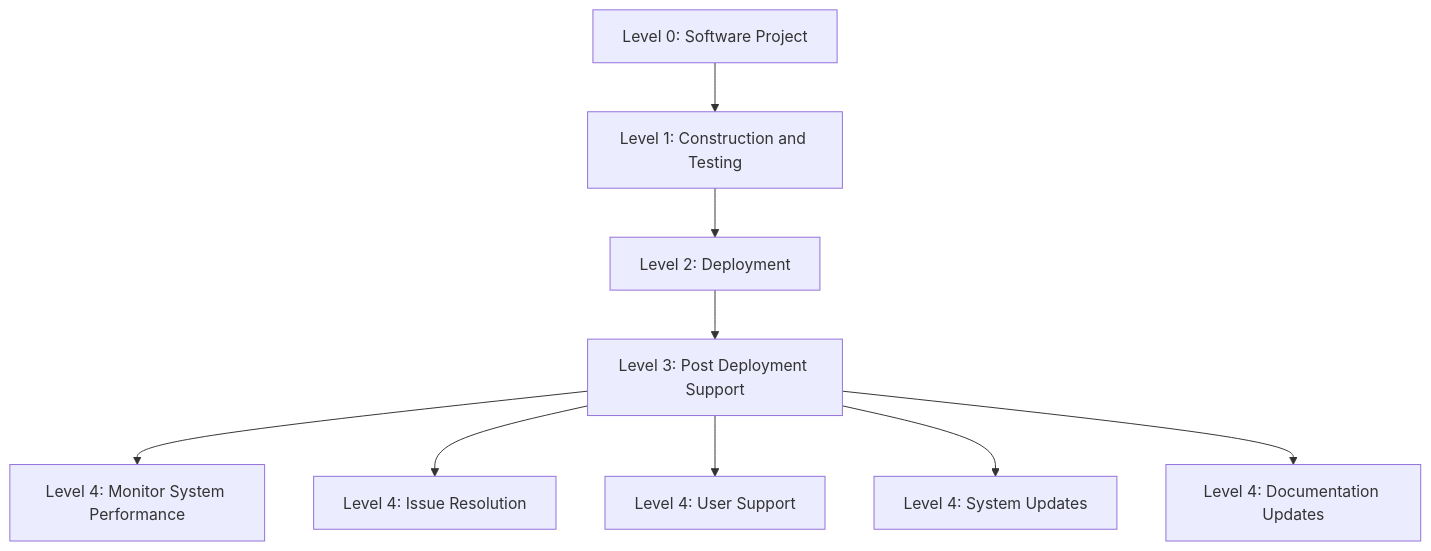
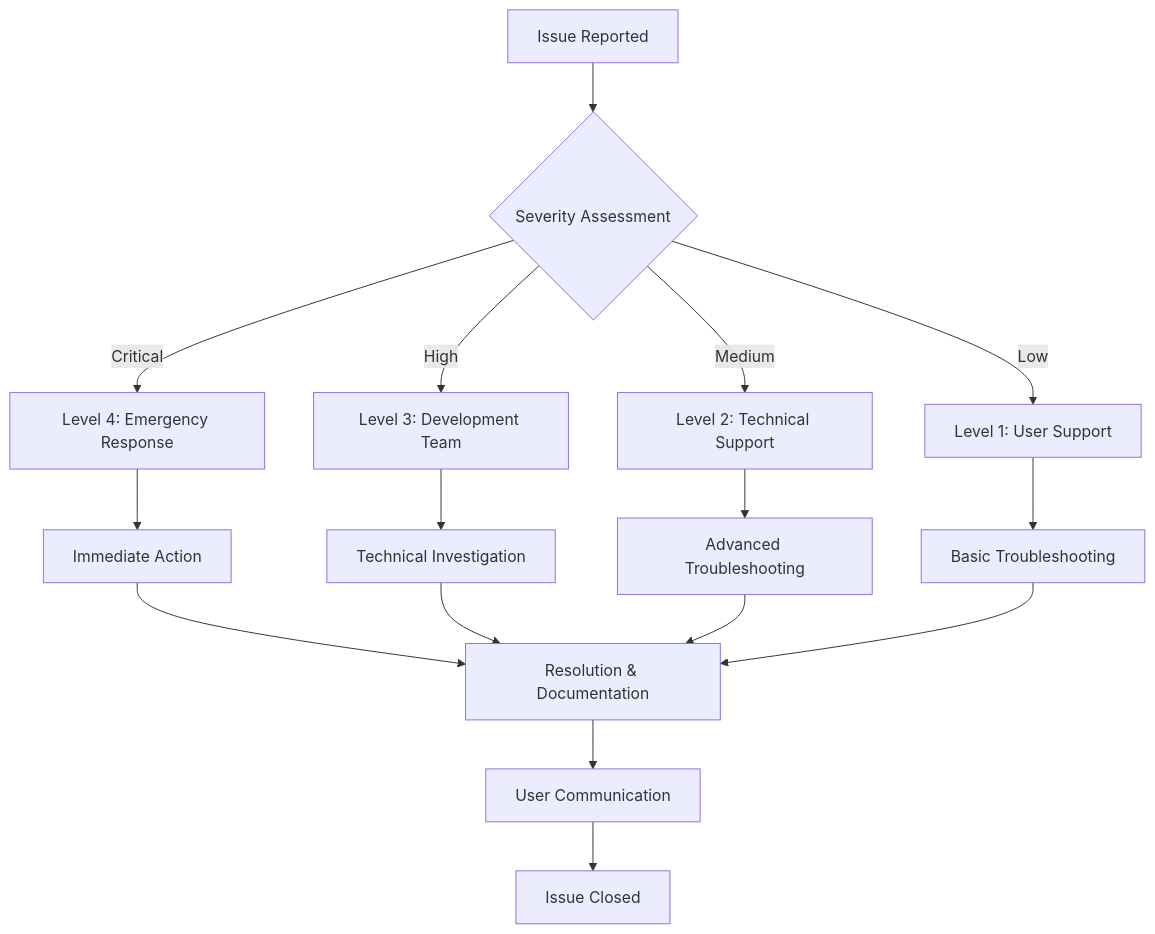
One commit to Shakour-Data/AutoProjectManagement changed the second of 5 diagrams in Docs/json_inputs_standard/Deployment/Post_Deployment_Support.md. Above: the diagram before and after it, drawn with Mermaid. The commit also changed other lines of this file, not shown here.

````diff
--- a/Docs/json_inputs_standard/Deployment/Post_Deployment_Support.md
+++ b/Docs/json_inputs_standard/Deployment/Post_Deployment_Support.md
@@ -79,11 +181,21 @@
 ```mermaid
-graph TD
-    A[Level 0: Software Project] --> B[Level 1: Construction and Testing]
-    B --> C[Level 2: Deployment]
-    C --> D[Level 3: Post Deployment Support]
-    D --> E[Level 4: Monitor System Performance]
-    D --> F[Level 4: Issue Resolution]
-    D --> G[Level 4: User Support]
-    D --> H[Level 4: System Updates]
-    D --> I[Level 4: Documentation Updates]
+flowchart TD
+    A[Issue Reported] --> B{Severity Assessment}
+    B -->|Critical| C[Level 4: Emergency Response]
+    B -->|High| D[Level 3: Development Team]
+    B -->|Medium| E[Level 2: Technical Support]
+    B -->|Low| F[Level 1: User Support]
+    
+    C --> G[Immediate Action]
+    D --> H[Technical Investigation]
+    E --> I[Advanced Troubleshooting]
+    F --> J[Basic Troubleshooting]
+    
+    G --> K[Resolution & Documentation]
+    H --> K
+    I --> K
+    J --> K
+    
+    K --> L[User Communication]
+    L --> M[Issue Closed]
 ```
````
